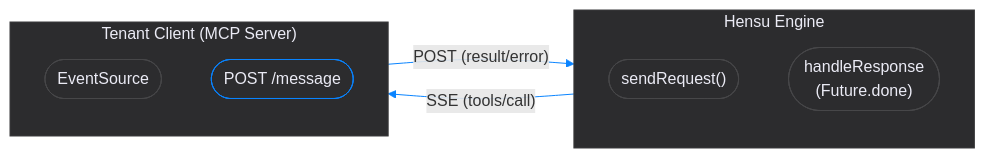
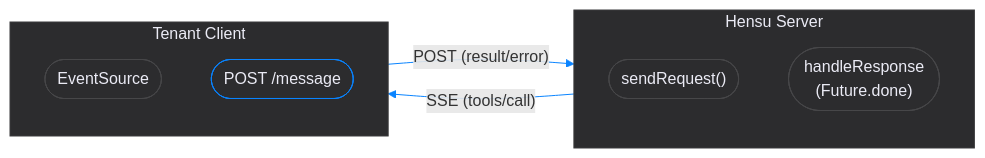
The second of 2 diagrams in hensu-server/README.md (hensu-project/hensu), drawn with Mermaid before and after one commit. The commit also changed other lines of this file and 93 other files, not shown here.

````diff
--- a/hensu-server/README.md
+++ b/hensu-server/README.md
@@ -180,26 +181,26 @@
 ```mermaid
 flowchart LR
-    subgraph engine["Hensu Engine"]
+    subgraph server["Hensu Server"]
         direction TB
         send(["sendRequest()"])
         handle(["handleResponse\n(Future.done)"])
     end
 
-    subgraph client["Tenant Client (MCP Server)"]
+    subgraph client["Tenant Client"]
         direction TB
         es(["EventSource"])
         post(["POST /message"])
     end
 
     send -->|"SSE (tools/call)"| es
     post -->|"POST (result/error)"| handle
 
-    style engine fill:#2c2c2e, stroke:#3a3a3c, color:#ebebf5, stroke-width:1px
+    style server fill:#2c2c2e, stroke:#3a3a3c, color:#ebebf5, stroke-width:1px
     style client fill:#2c2c2e, stroke:#3a3a3c, color:#ebebf5, stroke-width:1px
     style send fill:#2c2c2e, stroke:#48484a, color:#ebebf5, stroke-width:1px
     style handle fill:#2c2c2e, stroke:#48484a, color:#ebebf5, stroke-width:1px
     style es fill:#2c2c2e, stroke:#48484a, color:#ebebf5, stroke-width:1px
     style post fill:#2c2c2e, stroke:#0A84FF, color:#ebebf5, stroke-width:1px
 
     linkStyle default stroke:#0A84FF, stroke-width:1px
 ```
````
